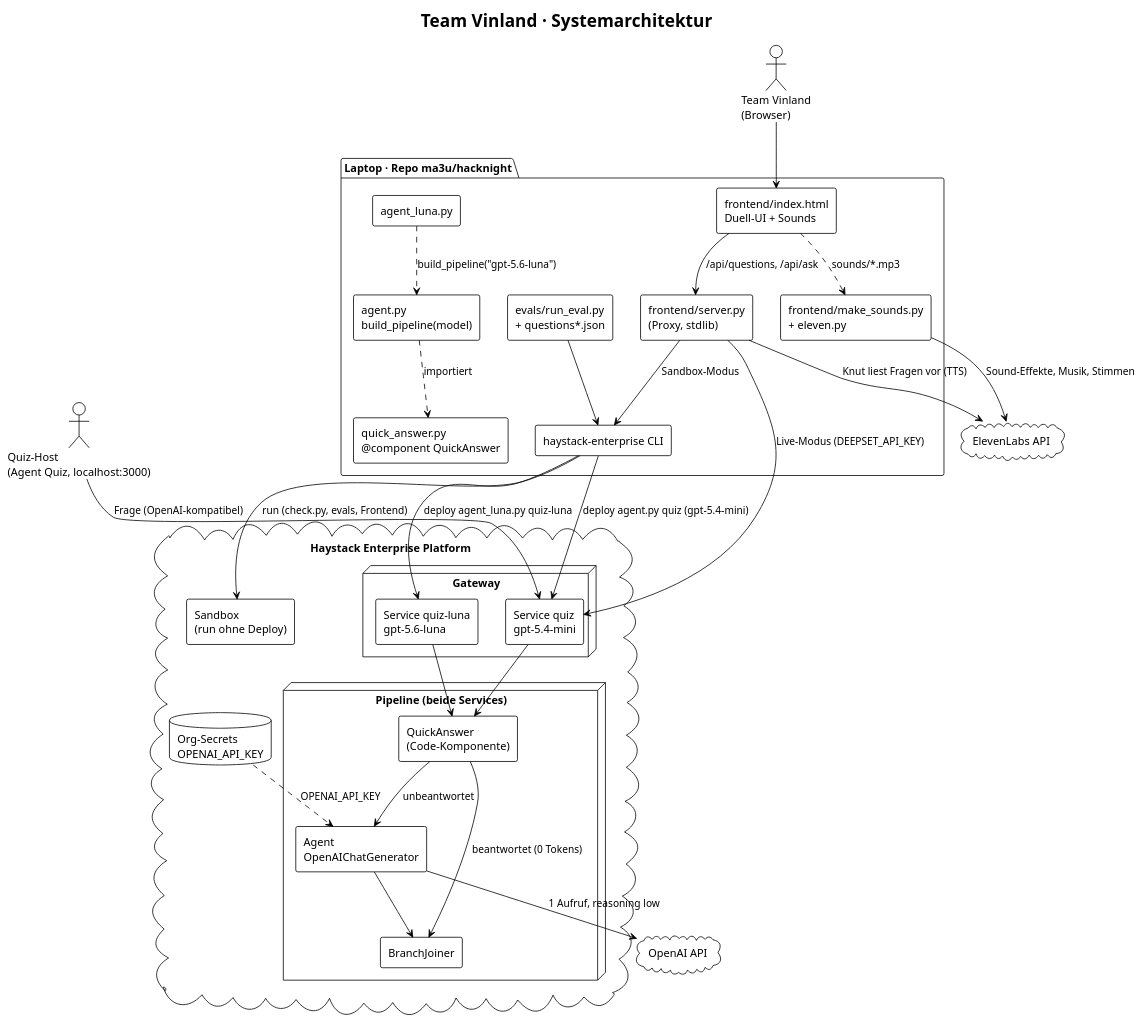
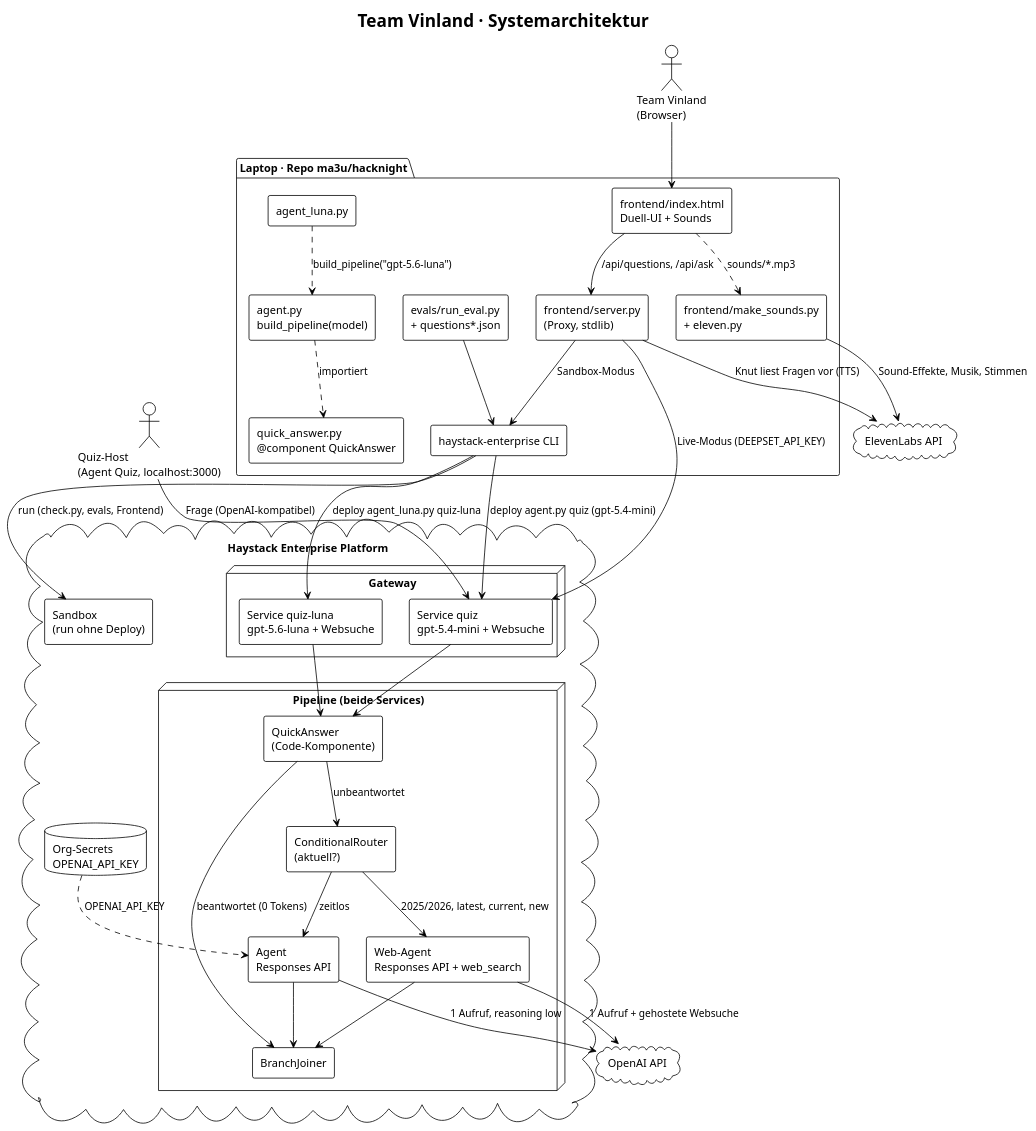
The first of 4 diagrams in docs/STRATEGY.md (ma3u/hacknight), drawn with PlantUML before and after one commit. The commit also changed other lines of this file and 17 other files, not shown here.

First line of the commit message:
Add winner strategies: recency router + OpenAI web search, GPT-6 Astra, recent-events eval

````diff
--- a/docs/STRATEGY.md
+++ b/docs/STRATEGY.md
@@ -28,62 +30,68 @@
 ```plantuml
 @startuml architecture
 !theme plain
 skinparam componentStyle rectangle
 skinparam shadowing false
 title Team Vinland · Systemarchitektur
 
 actor "Quiz-Host\n(Agent Quiz, localhost:3000)" as Host
 actor "Team Vinland\n(Browser)" as Team
 
 package "Laptop · Repo ma3u/hacknight" {
   [agent.py\nbuild_pipeline(model)] as AgentPy
   [agent_luna.py] as LunaPy
   [quick_answer.py\n@component QuickAnswer] as QA
   [evals/run_eval.py\n+ questions*.json] as Evals
   [frontend/server.py\n(Proxy, stdlib)] as Server
   [frontend/index.html\nDuell-UI + Sounds] as UI
   [frontend/make_sounds.py\n+ eleven.py] as Sounds
   [haystack-enterprise CLI] as CLI
 }
 
 cloud "Haystack Enterprise Platform" {
   node "Gateway" {
-    [Service quiz\ngpt-5.4-mini] as SvcQuiz
-    [Service quiz-luna\ngpt-5.6-luna] as SvcLuna
+    [Service quiz\ngpt-5.4-mini + Websuche] as SvcQuiz
+    [Service quiz-luna\ngpt-5.6-luna + Websuche] as SvcLuna
   }
   node "Pipeline (beide Services)" {
     [QuickAnswer\n(Code-Komponente)] as PQA
-    [Agent\nOpenAIChatGenerator] as PAgent
+    [ConditionalRouter\n(aktuell?)] as PRouter
+    [Agent\nResponses API] as PAgent
+    [Web-Agent\nResponses API + web_search] as PWeb
     [BranchJoiner] as PJoin
   }
   [Sandbox\n(run ohne Deploy)] as Sandbox
   database "Org-Secrets\nOPENAI_API_KEY" as Secrets
 }
 
 cloud "OpenAI API" as OpenAI
 cloud "ElevenLabs API" as Eleven
 
 AgentPy ..> QA : importiert
 LunaPy ..> AgentPy : build_pipeline("gpt-5.6-luna")
 CLI --> SvcQuiz : deploy agent.py quiz (gpt-5.4-mini)
 CLI --> SvcLuna : deploy agent_luna.py quiz-luna
 CLI --> Sandbox : run (check.py, evals, Frontend)
 Evals --> CLI
 Server --> CLI : Sandbox-Modus
 Server --> SvcQuiz : Live-Modus (DEEPSET_API_KEY)
 UI --> Server : /api/questions, /api/ask
 Team --> UI
 Sounds --> Eleven : Sound-Effekte, Musik, Stimmen
 Server --> Eleven : Knut liest Fragen vor (TTS)
 UI ..> Sounds : sounds/*.mp3
 
 Host --> SvcQuiz : Frage (OpenAI-kompatibel)
 SvcQuiz --> PQA
 SvcLuna --> PQA
 PQA --> PJoin : beantwortet (0 Tokens)
-PQA --> PAgent : unbeantwortet
+PQA --> PRouter : unbeantwortet
+PRouter --> PAgent : zeitlos
+PRouter --> PWeb : 2025/2026, latest, current, new
 PAgent --> PJoin
+PWeb --> PJoin
 PAgent --> OpenAI : 1 Aufruf, reasoning low
+PWeb --> OpenAI : 1 Aufruf + gehostete Websuche
 Secrets ..> PAgent : OPENAI_API_KEY
 @enduml
 ```
````
